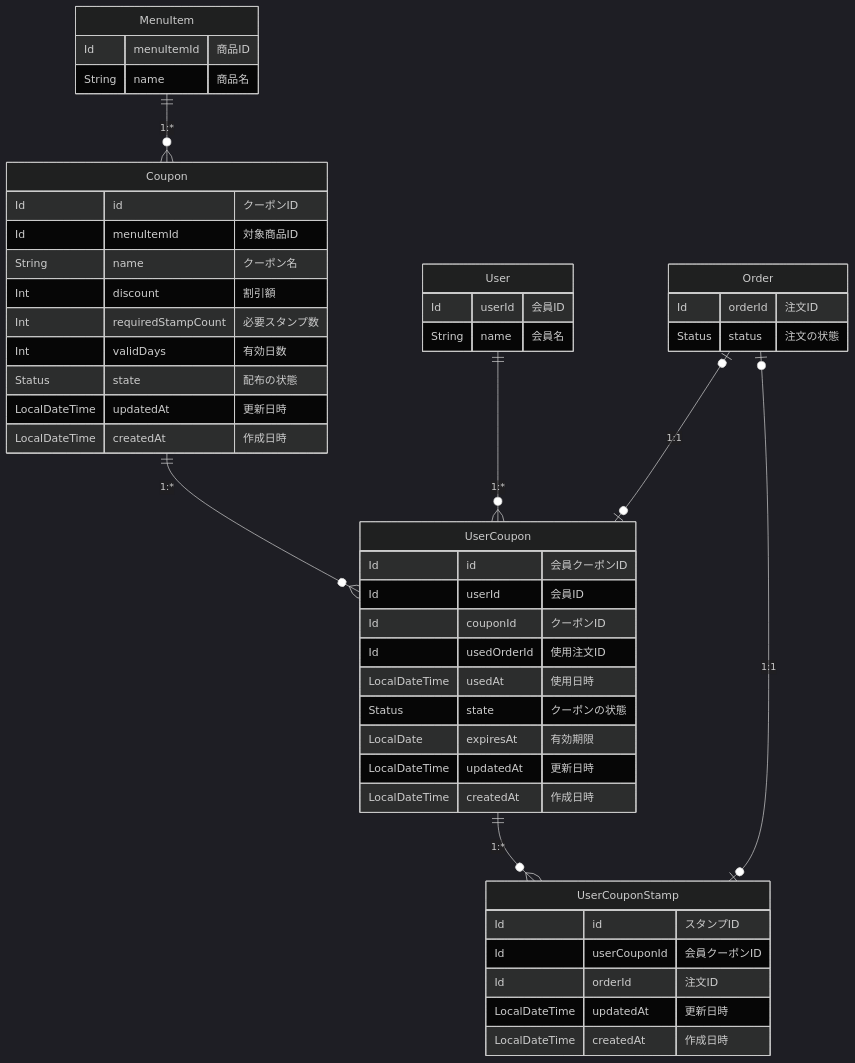
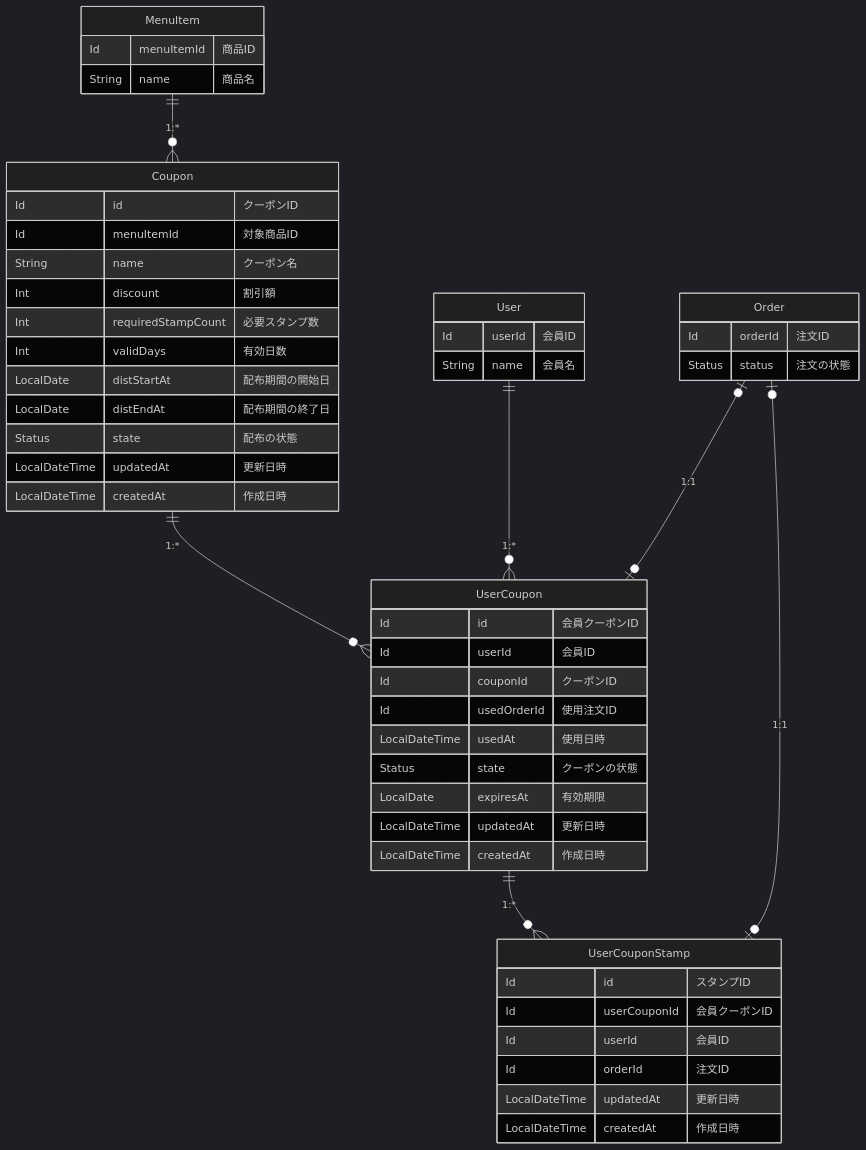
Before and after one commit to uekan-source/education-book-scala-app: the diagram in docs/domain/stampCard/04_final_design.md, drawn with Mermaid (dark theme). The commit also changed other lines of this file, not shown here.

First line of the commit message:
docs: add distribution period, unlimited coupons, and stamp userId

````diff
--- a/docs/domain/stampCard/04_final_design.md
+++ b/docs/domain/stampCard/04_final_design.md
@@ -41,51 +41,54 @@
 ```mermaid
 erDiagram
     MenuItem   ||--o{ Coupon          : "1:*"
     Coupon     ||--o{ UserCoupon      : "1:*"
     User       ||--o{ UserCoupon      : "1:*"
     Order      |o--o| UserCoupon      : "1:1"
     UserCoupon ||--o{ UserCouponStamp : "1:*"
     Order      |o--o| UserCouponStamp : "1:1"
 
     MenuItem {
         Id menuItemId "商品ID"
         String name "商品名"
     }
     User {
         Id userId "会員ID"
         String name "会員名"
     }
     Order {
         Id orderId "注文ID"
         Status status "注文の状態"
     }
     Coupon {
         Id id "クーポンID"
         Id menuItemId "対象商品ID"
         String name "クーポン名"
         Int discount "割引額"
         Int requiredStampCount "必要スタンプ数"
         Int validDays "有効日数"
+        LocalDate distStartAt "配布期間の開始日"
+        LocalDate distEndAt "配布期間の終了日"
         Status state "配布の状態"
         LocalDateTime updatedAt "更新日時"
         LocalDateTime createdAt "作成日時"
     }
     UserCoupon {
         Id id "会員クーポンID"
         Id userId "会員ID"
         Id couponId "クーポンID"
         Id usedOrderId "使用注文ID"
         LocalDateTime usedAt "使用日時"
         Status state "クーポンの状態"
         LocalDate expiresAt "有効期限"
         LocalDateTime updatedAt "更新日時"
         LocalDateTime createdAt "作成日時"
     }
     UserCouponStamp {
         Id id "スタンプID"
         Id userCouponId "会員クーポンID"
+        Id userId "会員ID"
         Id orderId "注文ID"
         LocalDateTime updatedAt "更新日時"
         LocalDateTime createdAt "作成日時"
     }
 ```
````
